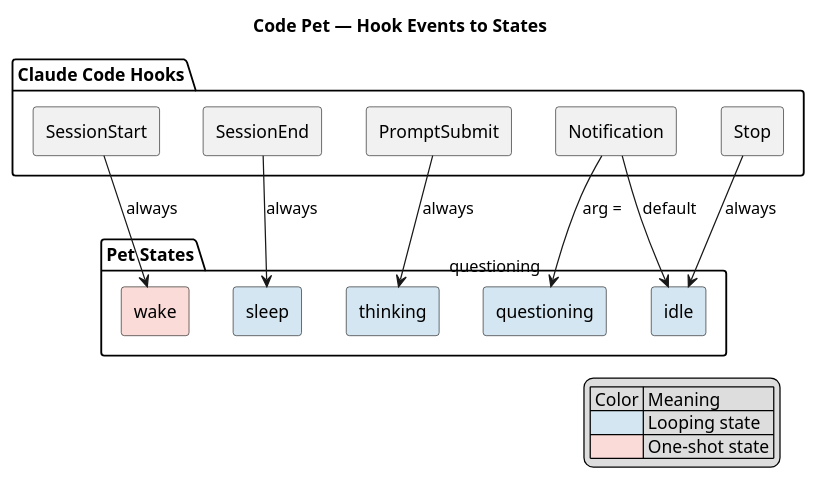
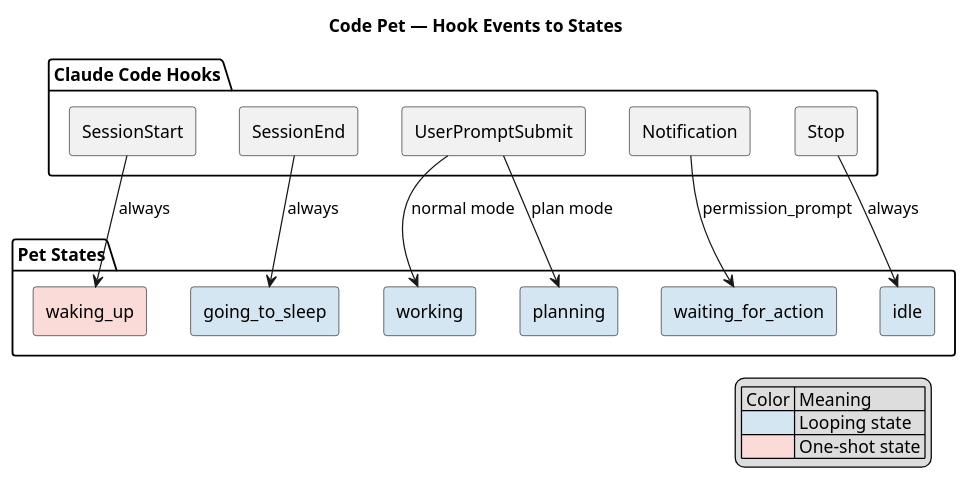
One commit to mradovic95/code-pet changed the second of 2 diagrams in docs/state-diagram.puml. Above: the diagram before and after it, drawn with PlantUML. The commit also changed other lines of this file and 21 other files, not shown here.

Commit message:
change to new state diagram

```diff
--- a/docs/state-diagram.puml
+++ b/docs/state-diagram.puml
@@ -43,35 +47,36 @@
 @startuml code-pet-events
 title Code Pet — Hook Events to States
 
 skinparam componentStyle rectangle
 
 package "Claude Code Hooks" {
   [SessionStart] as SS
   [SessionEnd] as SE
-  [PromptSubmit] as PS
+  [UserPromptSubmit] as PS
   [Notification] as NOTIF
   [Stop] as STOP
 }
 
 package "Pet States" {
-  [wake] #FADBD8
-  [sleep] #D4E6F1
-  [thinking] #D4E6F1
-  [questioning] #D4E6F1
+  [waking_up] #FADBD8
+  [going_to_sleep] #D4E6F1
+  [working] #D4E6F1
+  [planning] #D4E6F1
+  [waiting_for_action] #D4E6F1
   [idle] #D4E6F1
 }
 
-SS --> [wake] : always
-SE --> [sleep] : always
-PS --> [thinking] : always
-NOTIF --> [questioning] : arg = "questioning"
-NOTIF --> [idle] : default
+SS --> [waking_up] : always
+SE --> [going_to_sleep] : always
+PS --> [working] : normal mode
+PS --> [planning] : plan mode
+NOTIF --> [waiting_for_action] : permission_prompt
 STOP --> [idle] : always
 
 legend right
   | Color | Meaning |
   | <#D4E6F1> | Looping state |
   | <#FADBD8> | One-shot state |
 end legend
 
 @enduml
```
